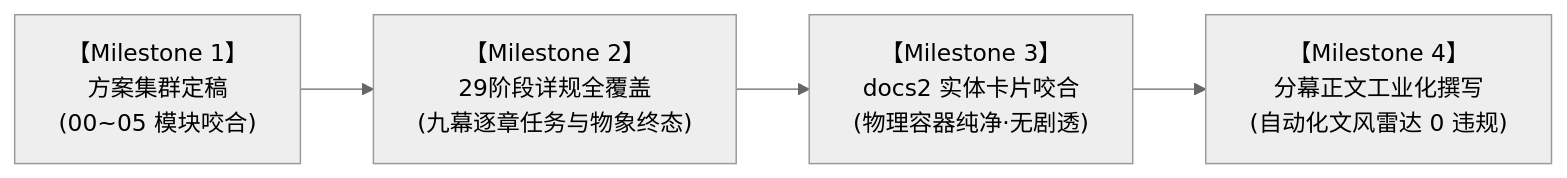
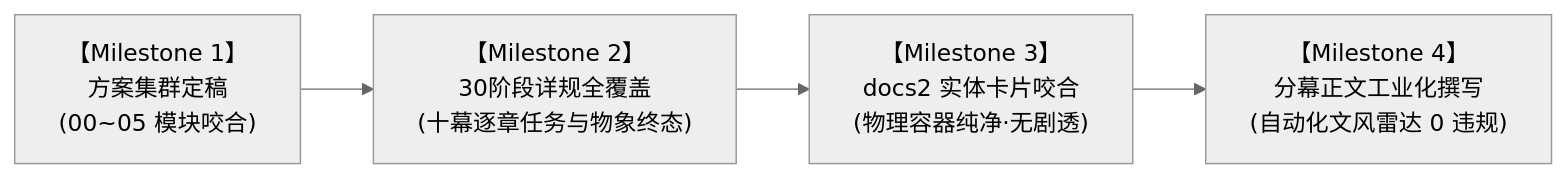
The fifth of 5 diagrams in 方案/第二部/主线与世界扩充方案/00_第二部主线与世界扩充方案总纲.md (soranokiseki1437/eldoria-worldbook), drawn with Mermaid (neutral theme) before and after one commit. The commit also changed other lines of this file and 31 other files, not shown here.

````diff
--- a/方案/第二部/主线与世界扩充方案/00_第二部主线与世界扩充方案总纲.md
+++ b/方案/第二部/主线与世界扩充方案/00_第二部主线与世界扩充方案总纲.md
@@ -329,6 +333,6 @@
 ```mermaid
 graph LR
-    M1["【Milestone 1】<br/>方案集群定稿<br/>(00~05 模块咬合)"] --> M2["【Milestone 2】<br/>29阶段详规全覆盖<br/>(九幕逐章任务与物象终态)"]
+    M1["【Milestone 1】<br/>方案集群定稿<br/>(00~05 模块咬合)"] --> M2["【Milestone 2】<br/>30阶段详规全覆盖<br/>(十幕逐章任务与物象终态)"]
     M2 --> M3["【Milestone 3】<br/>docs2 实体卡片咬合<br/>(物理容器纯净·无剧透)"]
     M3 --> M4["【Milestone 4】<br/>分幕正文工业化撰写<br/>(自动化文风雷达 0 违规)"]
 ```
````
